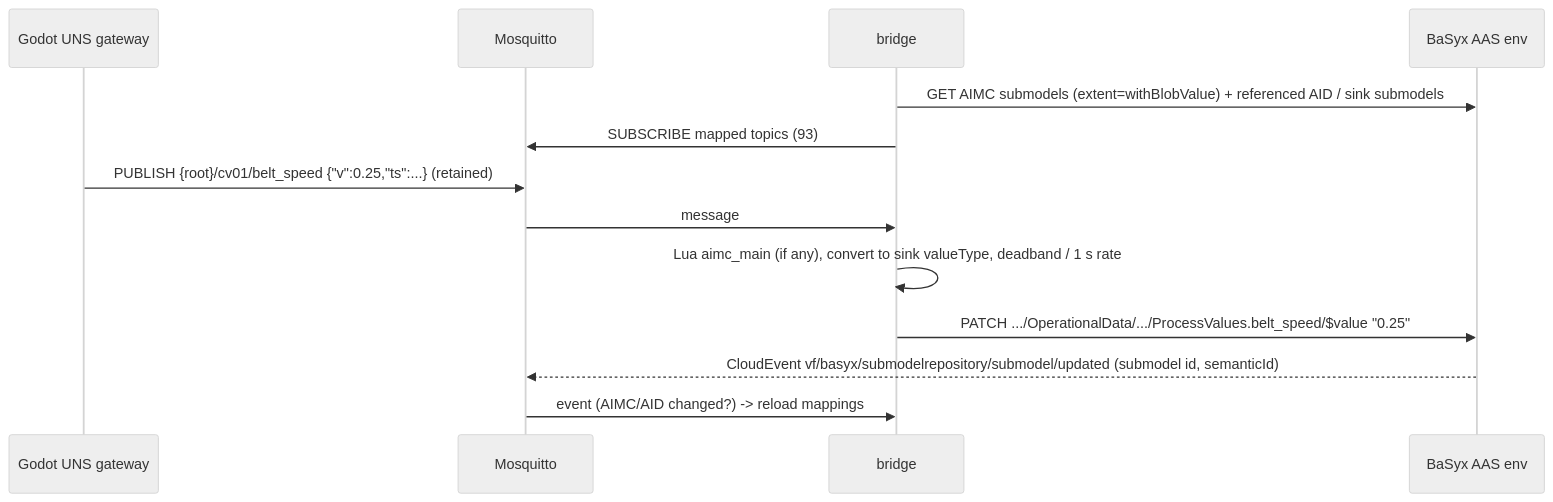
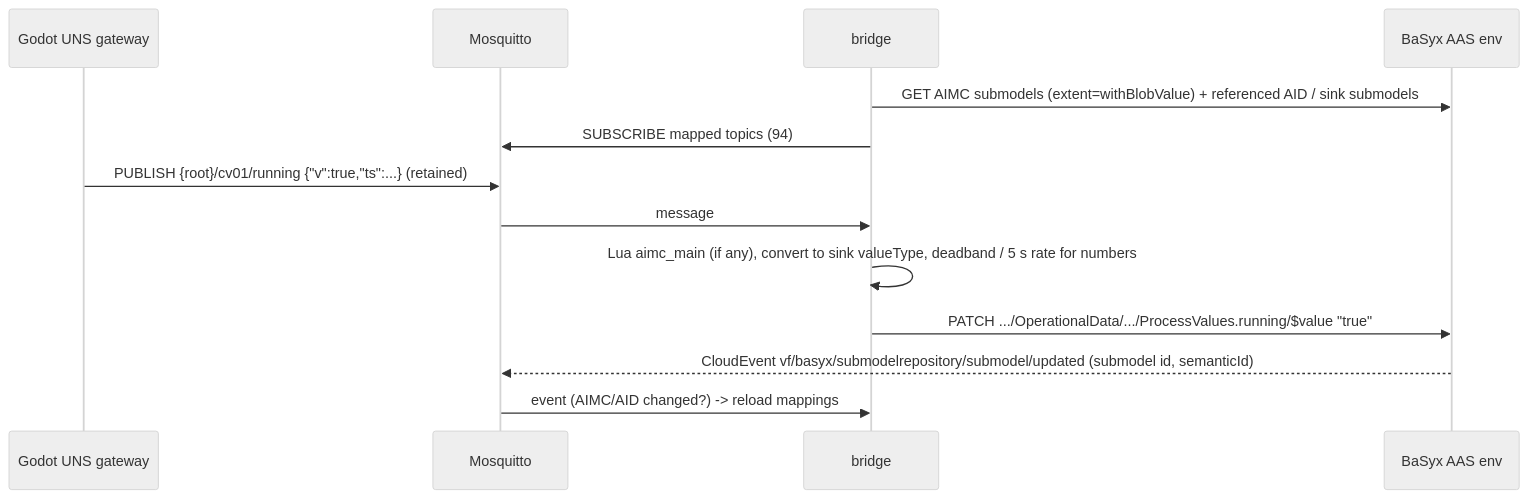
One commit to aaronzi/Virtual-Factory changed the first of 5 diagrams in docs/architecture/runtime-ot-it.md. Above: the diagram before and after it, drawn with Mermaid (neutral theme). The commit also changed other lines of this file and 115 other files, not shown here.

````diff
--- a/docs/architecture/runtime-ot-it.md
+++ b/docs/architecture/runtime-ot-it.md
@@ -9,15 +9,15 @@
 ```mermaid
 sequenceDiagram
   participant G as Godot UNS gateway
   participant M as Mosquitto
   participant B as bridge
   participant A as BaSyx AAS env
   B->>A: GET AIMC submodels (extent=withBlobValue) + referenced AID / sink submodels
-  B->>M: SUBSCRIBE mapped topics (93)
-  G->>M: PUBLISH {root}/cv01/belt_speed {"v":0.25,"ts":...} (retained)
+  B->>M: SUBSCRIBE mapped topics (94)
+  G->>M: PUBLISH {root}/cv01/running {"v":true,"ts":...} (retained)
   M->>B: message
-  B->>B: Lua aimc_main (if any), convert to sink valueType, deadband / 1 s rate
-  B->>A: PATCH .../OperationalData/.../ProcessValues.belt_speed/$value "0.25"
+  B->>B: Lua aimc_main (if any), convert to sink valueType, deadband / 5 s rate for numbers
+  B->>A: PATCH .../OperationalData/.../ProcessValues.running/$value "true"
   A-->>M: CloudEvent vf/basyx/submodelrepository/submodel/updated (submodel id, semanticId)
   M->>B: event (AIMC/AID changed?) -> reload mappings
 ```
````
